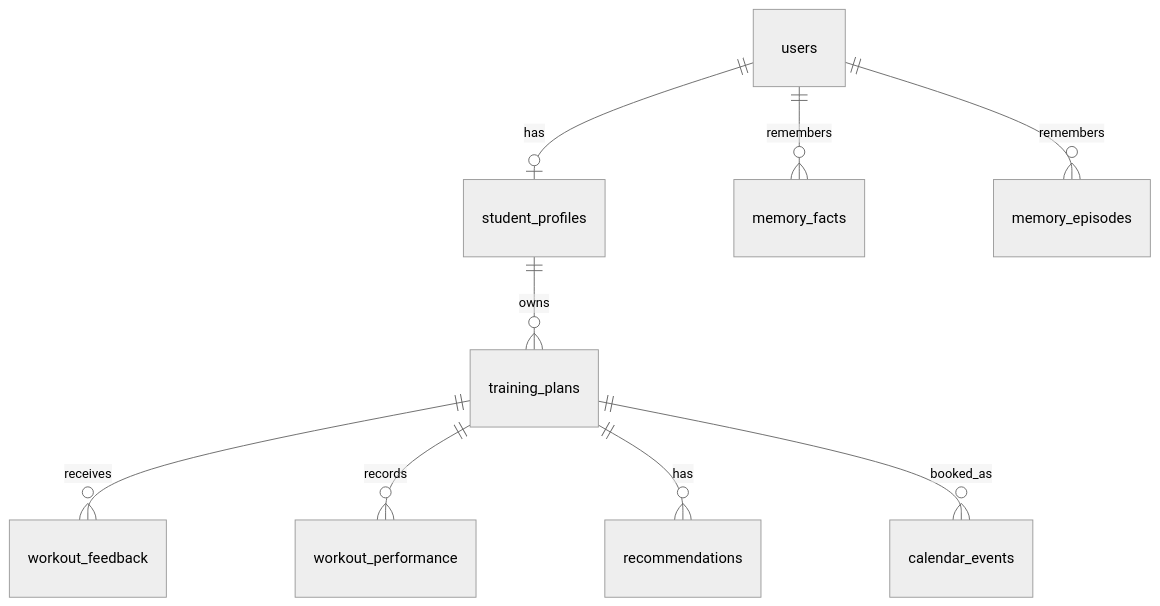
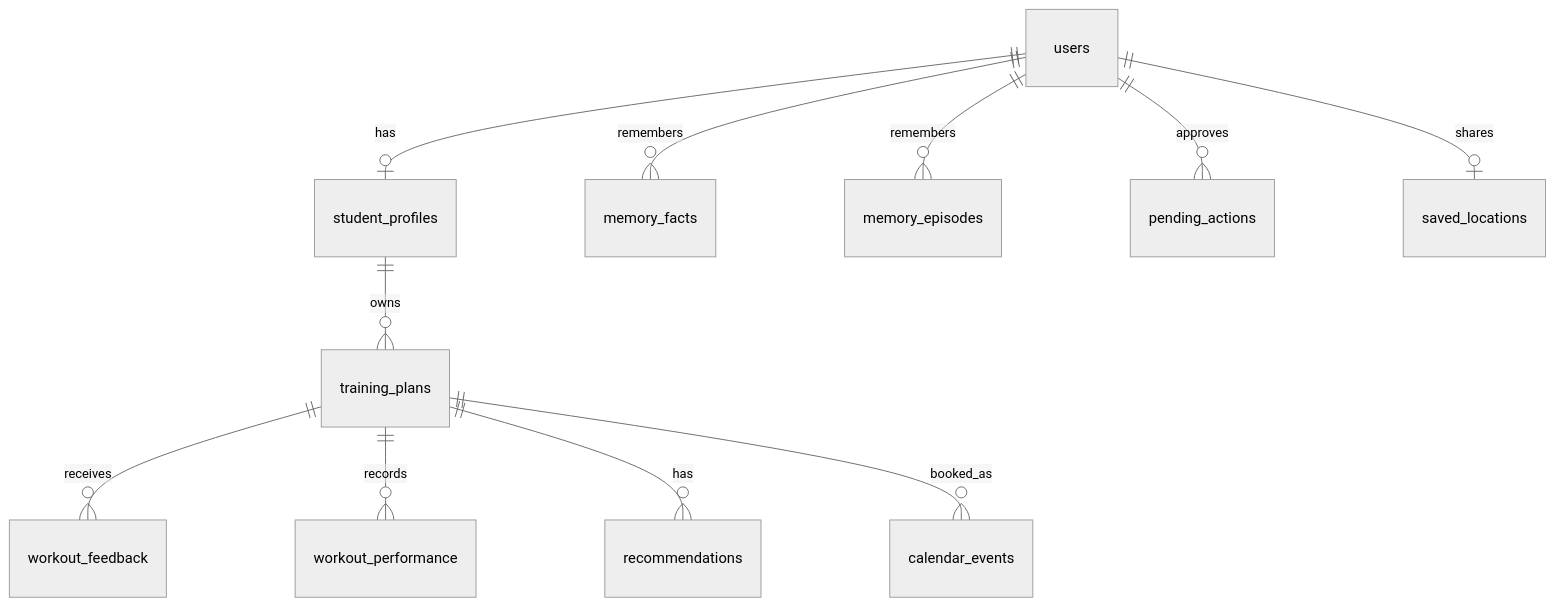
Before and after one commit to Kingflow-23/RepWise: the diagram in docs/api.md, drawn with Mermaid (neutral theme). The commit also changed other lines of this file and 111 other files, not shown here.

````diff
--- a/docs/api.md
+++ b/docs/api.md
@@ -62,11 +104,13 @@
 ```mermaid
 erDiagram
     users ||--o| student_profiles : has
     student_profiles ||--o{ training_plans : owns
     training_plans ||--o{ workout_feedback : receives
     training_plans ||--o{ workout_performance : records
     training_plans ||--o{ recommendations : has
     training_plans ||--o{ calendar_events : booked_as
     users ||--o{ memory_facts : remembers
     users ||--o{ memory_episodes : remembers
+    users ||--o{ pending_actions : approves
+    users ||--o| saved_locations : shares
 ```
````
